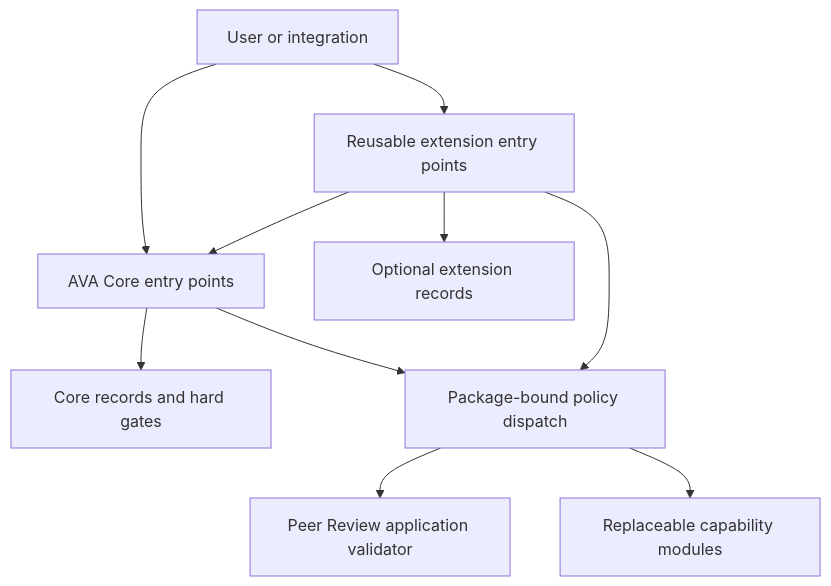
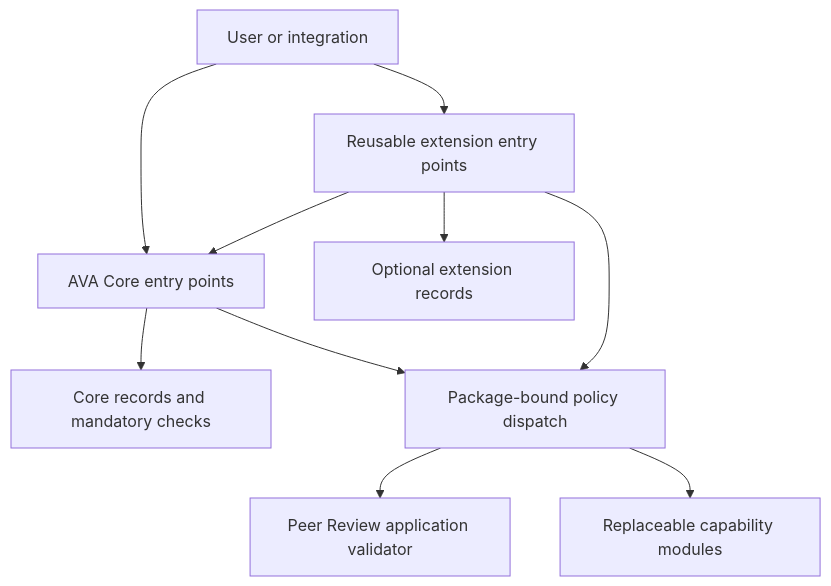
Before and after one commit to CyberChun0329/AVA-PeerReview: the diagram in docs/architecture.md, drawn with Mermaid. The commit also changed other lines of this file and 38 other files, not shown here.

````diff
--- a/docs/architecture.md
+++ b/docs/architecture.md
@@ -62,12 +45,12 @@
 ```mermaid
 flowchart TB
     Caller["User or integration"] --> Core["AVA Core entry points"]
     Caller --> Extension["Reusable extension entry points"]
     Extension --> Core
-    Core --> CoreStorage["Core records and hard gates"]
+    Core --> CoreStorage["Core records and mandatory checks"]
     Extension --> ExtensionStorage["Optional extension records"]
     Core --> Router["Package-bound policy dispatch"]
     Extension --> Router
     Router --> App["Peer Review application validator"]
     Router --> Policy["Replaceable capability modules"]
 ```
````
